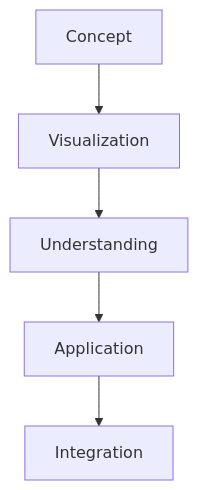
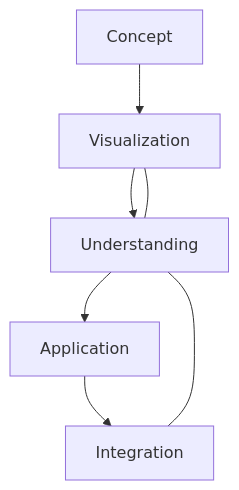
Before and after one commit to docxology/School_of_Tomorrow: the fifth of 6 diagrams in formalisms/numbers/0.md, drawn with Mermaid. The commit also changed other lines of this file and 9311 other files, not shown here.

````diff
--- a/formalisms/numbers/0.md
+++ b/formalisms/numbers/0.md
@@ -177,7 +185,10 @@
 ```mermaid
 graph TD
     A[Concept] --> B[Visualization]
     B --> C[Understanding]
     C --> D[Application]
     D --> E[Integration]
+    
+    B --- C
+    C --- E
 ```
````
